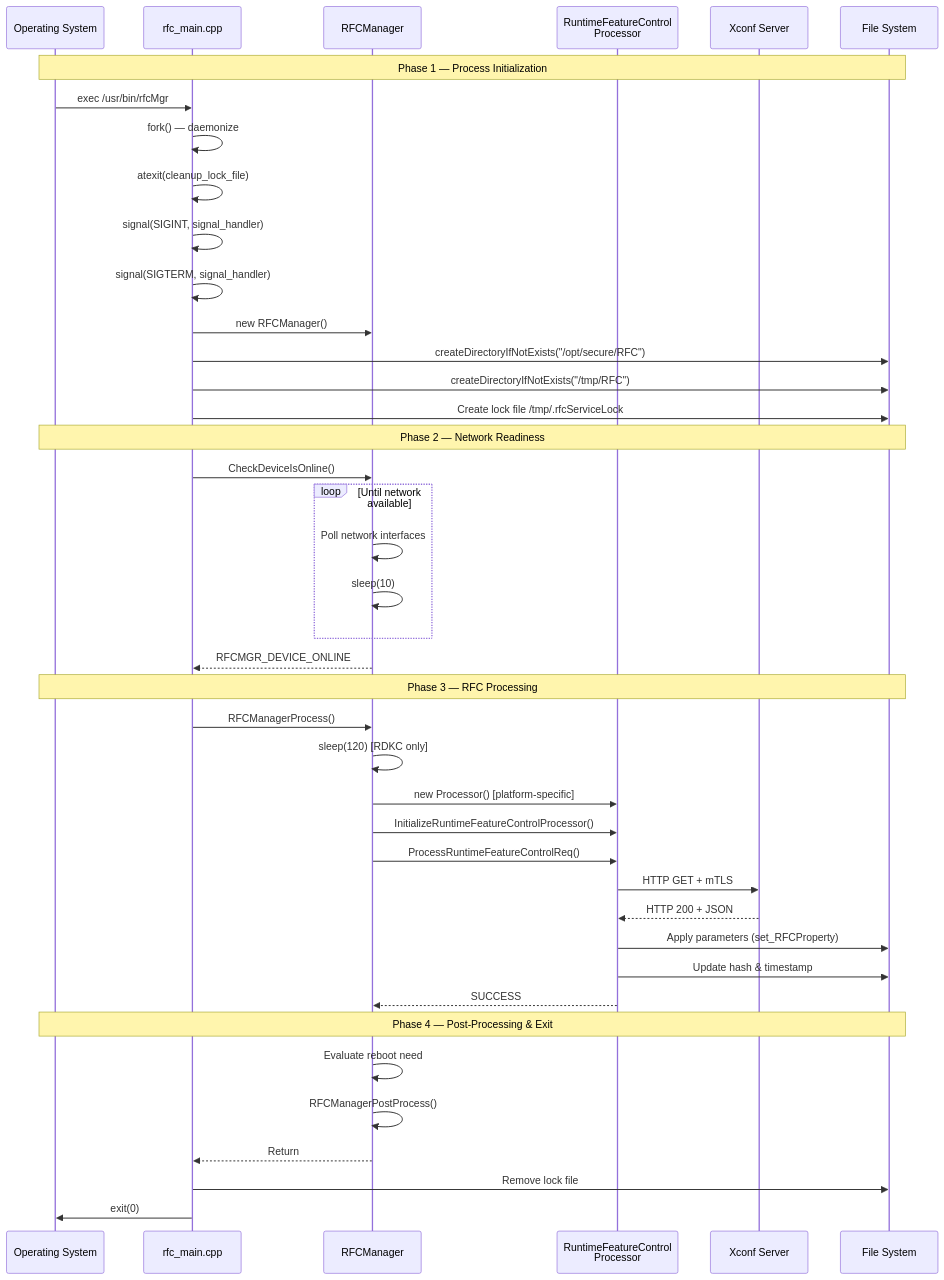
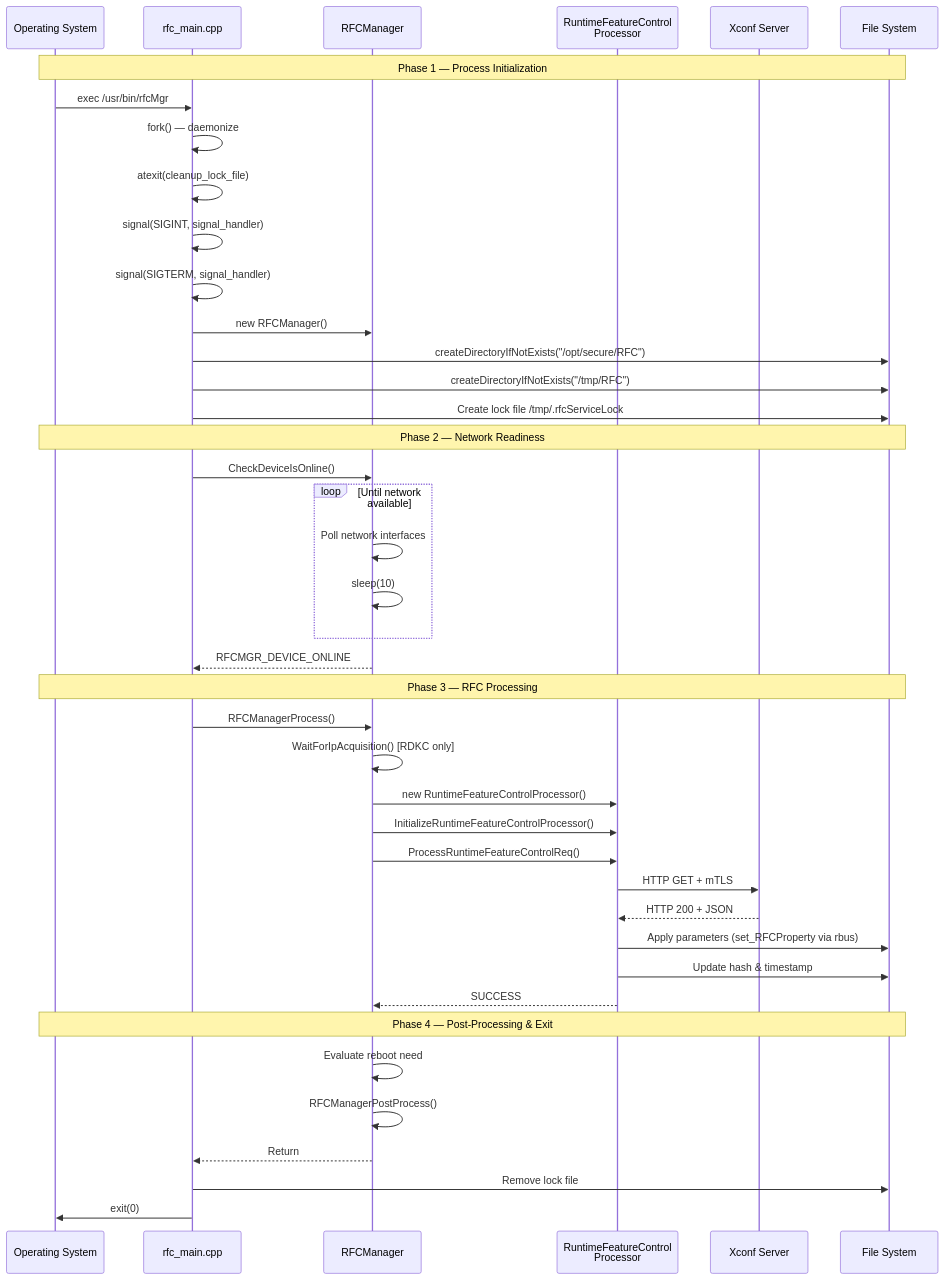
The first of 9 diagrams in docs/sequence-diagrams.md (rdkcentral/rfc), drawn with Mermaid before and after one commit. The commit also changed other lines of this file and 3 other files, not shown here.

````diff
--- a/docs/sequence-diagrams.md
+++ b/docs/sequence-diagrams.md
@@ -24,47 +24,47 @@
 ```mermaid
 sequenceDiagram
     participant OS as Operating System
     participant Main as rfc_main.cpp
     participant RFCMgr as RFCManager
     participant Proc as RuntimeFeatureControl<br/>Processor
     participant Xconf as Xconf Server
     participant FS as File System
 
     Note over OS,FS: Phase 1 — Process Initialization
     OS->>Main: exec /usr/bin/rfcMgr
     Main->>Main: fork() — daemonize
     Main->>Main: atexit(cleanup_lock_file)
     Main->>Main: signal(SIGINT, signal_handler)
     Main->>Main: signal(SIGTERM, signal_handler)
     Main->>RFCMgr: new RFCManager()
     Main->>FS: createDirectoryIfNotExists("/opt/secure/RFC")
     Main->>FS: createDirectoryIfNotExists("/tmp/RFC")
     Main->>FS: Create lock file /tmp/.rfcServiceLock
 
     Note over OS,FS: Phase 2 — Network Readiness
     Main->>RFCMgr: CheckDeviceIsOnline()
     loop Until network available
         RFCMgr->>RFCMgr: Poll network interfaces
         RFCMgr->>RFCMgr: sleep(10)
     end
     RFCMgr-->>Main: RFCMGR_DEVICE_ONLINE
 
     Note over OS,FS: Phase 3 — RFC Processing
     Main->>RFCMgr: RFCManagerProcess()
-    RFCMgr->>RFCMgr: sleep(120) [RDKC only]
-    RFCMgr->>Proc: new Processor() [platform-specific]
+    RFCMgr->>RFCMgr: WaitForIpAcquisition() [RDKC only]
+    RFCMgr->>Proc: new RuntimeFeatureControlProcessor()
     RFCMgr->>Proc: InitializeRuntimeFeatureControlProcessor()
     RFCMgr->>Proc: ProcessRuntimeFeatureControlReq()
     Proc->>Xconf: HTTP GET + mTLS
     Xconf-->>Proc: HTTP 200 + JSON
-    Proc->>FS: Apply parameters (set_RFCProperty)
+    Proc->>FS: Apply parameters (set_RFCProperty via rbus)
     Proc->>FS: Update hash & timestamp
     Proc-->>RFCMgr: SUCCESS
 
     Note over OS,FS: Phase 4 — Post-Processing & Exit
     RFCMgr->>RFCMgr: Evaluate reboot need
     RFCMgr->>RFCMgr: RFCManagerPostProcess()
     RFCMgr-->>Main: Return
     Main->>FS: Remove lock file
     Main->>OS: exit(0)
 ```
````
